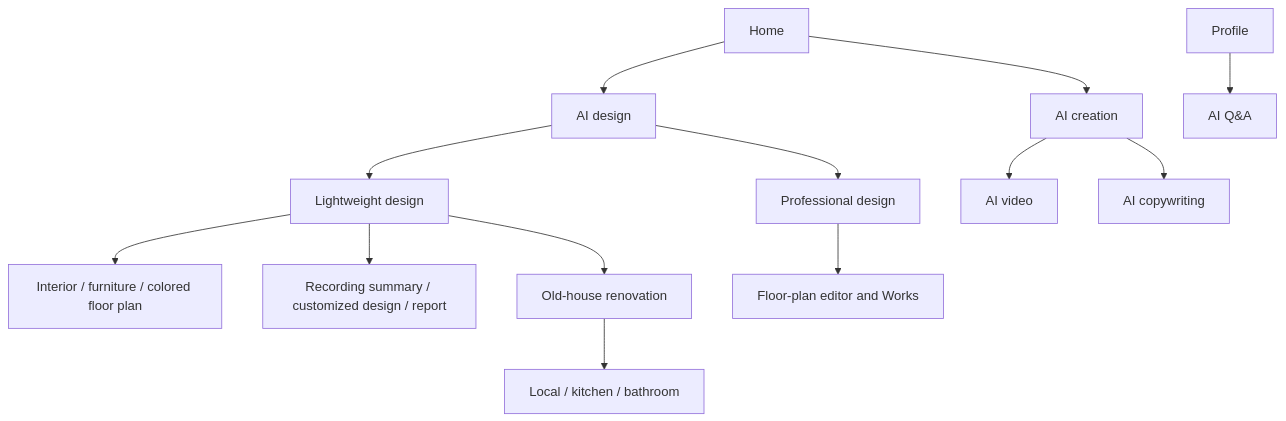
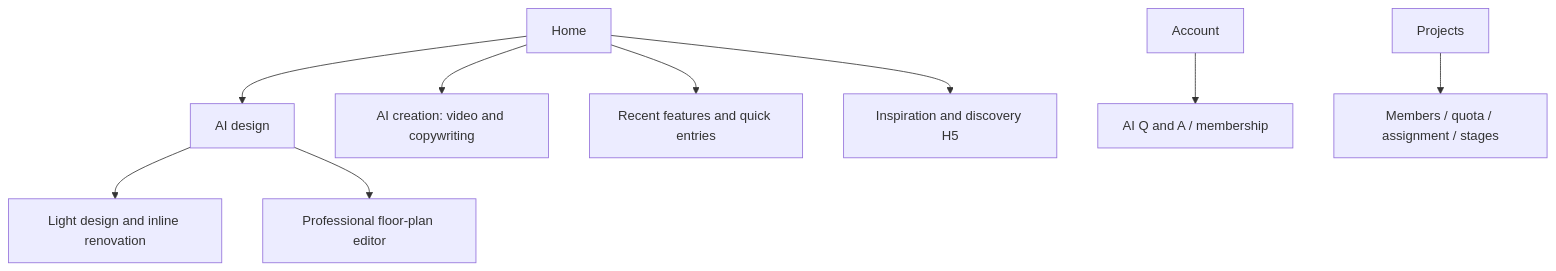
Before and after one commit to Orientation-CD/docs: the diagram in frontend/overview.md, drawn with Mermaid. The commit also changed other lines of this file and 203 other files, not shown here.

````diff
--- a/frontend/overview.md
+++ b/frontend/overview.md
@@ -9,15 +7,11 @@
 ```mermaid
 flowchart TB
   H[Home] --> D[AI design]
-  D --> L[Lightweight design]
-  D --> P[Professional design]
-  L --> I[Interior / furniture / colored floor plan]
-  L --> R[Recording summary / customized design / report]
-  L --> O[Old-house renovation]
-  O --> K[Local / kitchen / bathroom]
-  P --> F[Floor-plan editor and Works]
-  H --> C[AI creation]
-  C --> V[AI video]
-  C --> T[AI copywriting]
-  A[Profile] --> Q[AI Q&A]
+  D --> L[Light design and inline renovation]
+  D --> P[Professional floor-plan editor]
+  H --> C[AI creation: video and copywriting]
+  H --> R[Recent features and quick entries]
+  H --> I[Inspiration and discovery H5]
+  A[Account] --> Q[AI Q and A / membership]
+  W[Projects] --> M[Members / quota / assignment / stages]
 ```
````
